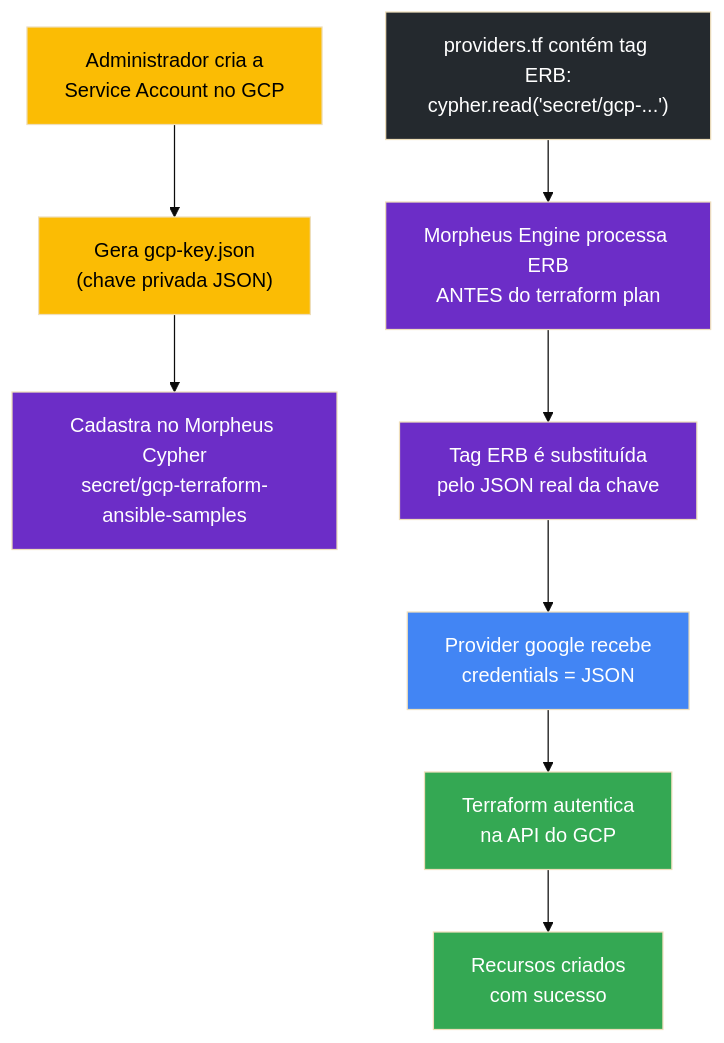
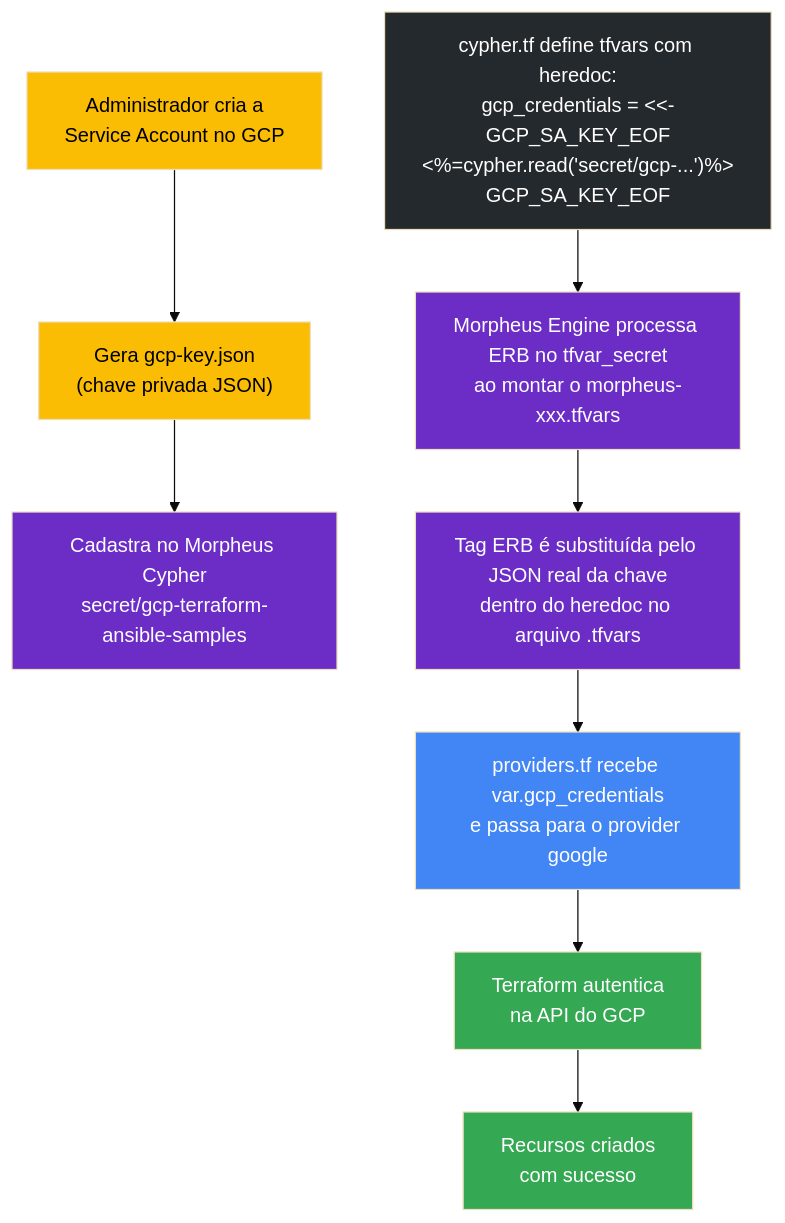
The fourth of 5 diagrams in PoCs/vm-nginx-terraform-ansible/ARCHITECTURE.md (devopsvanilla/gcp-terraform-ansible-samples), drawn with Mermaid (base theme) before and after one commit. The commit also changed other lines of this file and 2 other files, not shown here.

Commit message:
feat: add GCP provider configuration, Morpheus Cypher secret management, and architecture documentation for VM deployment.

````diff
--- a/PoCs/vm-nginx-terraform-ansible/ARCHITECTURE.md
+++ b/PoCs/vm-nginx-terraform-ansible/ARCHITECTURE.md
@@ -166,25 +166,25 @@
 ```mermaid
 flowchart TD
     A["Administrador cria a<br/>Service Account no GCP"]
     B["Gera gcp-key.json<br/>(chave privada JSON)"]
     C["Cadastra no Morpheus Cypher<br/>secret/gcp-terraform-ansible-samples"]
-    D["providers.tf contém tag ERB:<br/>cypher.read('secret/gcp-...')"]
-    E["Morpheus Engine processa ERB<br/>ANTES do terraform plan"]
-    F["Tag ERB é substituída<br/>pelo JSON real da chave"]
-    G["Provider google recebe<br/>credentials = JSON"]
+    D["cypher.tf define tfvars com heredoc:<br/>gcp_credentials = <<-GCP_SA_KEY_EOF<br/><%=cypher.read('secret/gcp-...')%><br/>GCP_SA_KEY_EOF"]
+    E["Morpheus Engine processa ERB no tfvar_secret<br/>ao montar o morpheus-xxx.tfvars"]
+    F["Tag ERB é substituída pelo JSON real da chave<br/>dentro do heredoc no arquivo .tfvars"]
+    G["providers.tf recebe var.gcp_credentials<br/>e passa para o provider google"]
     H["Terraform autentica<br/>na API do GCP"]
     I["Recursos criados<br/>com sucesso"]
 
     A --> B --> C
     D --> E --> F --> G --> H --> I
 
     style A fill:#FBBC04,color:#000
     style B fill:#FBBC04,color:#000
     style C fill:#6C2DC7,color:#fff
     style D fill:#24292e,color:#fff
     style E fill:#6C2DC7,color:#fff
     style F fill:#6C2DC7,color:#fff
     style G fill:#4285F4,color:#fff
     style H fill:#34A853,color:#fff
     style I fill:#34A853,color:#fff
 ```
````
